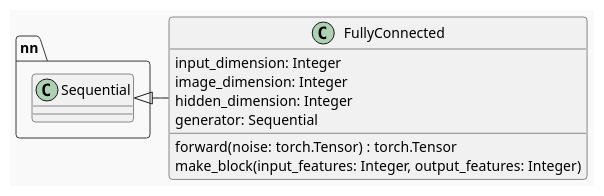
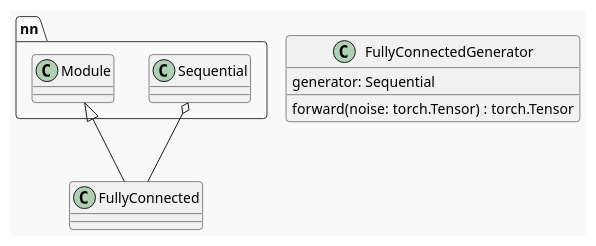
Before and after one commit to necromuralist/Neurotic-Networking: the third of 3 diagrams in posts/a-fully-connected-generator.org, drawn with PlantUML. The commit also changed other lines of this file and 8 other files, not shown here.

Commit message:
Added more fully connected generator factory tests

```diff
--- a/posts/a-fully-connected-generator.org
+++ b/posts/a-fully-connected-generator.org
@@ -202,14 +151,11 @@
  #+begin_src plantuml :file ../files/posts/a-fully-connected-generator/fully-connected.png :exports none
 !theme mars
 
-class FullyConnected {
- input_dimension: Integer
- image_dimension: Integer
- hidden_dimension: Integer
+class FullyConnectedGenerator {
  generator: Sequential
  forward(noise: torch.Tensor) : torch.Tensor
- make_block(input_features: Integer, output_features: Integer)
 }
 
-nn.Sequential <|- FullyConnected
+nn.Sequential o- FullyConnected
+nn.Module <|-- FullyConnected
  #+end_src
```
